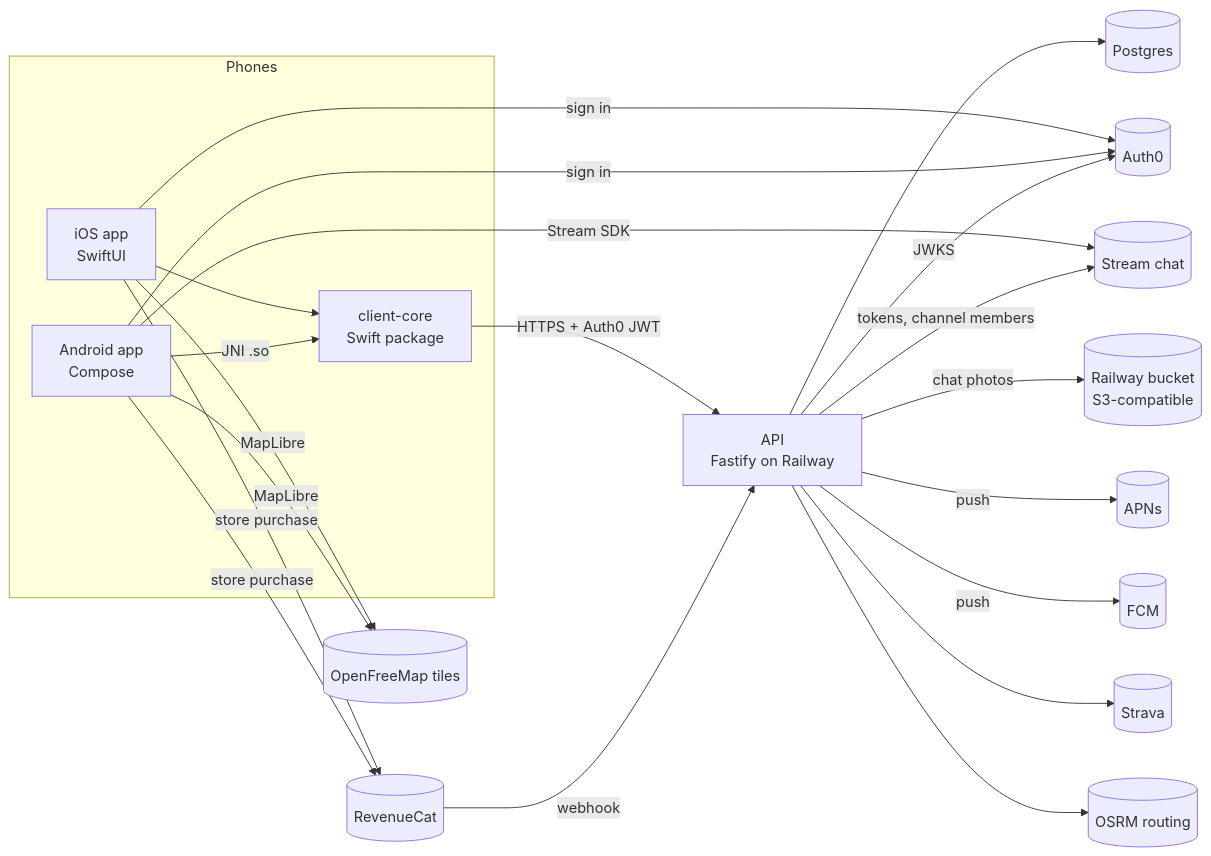
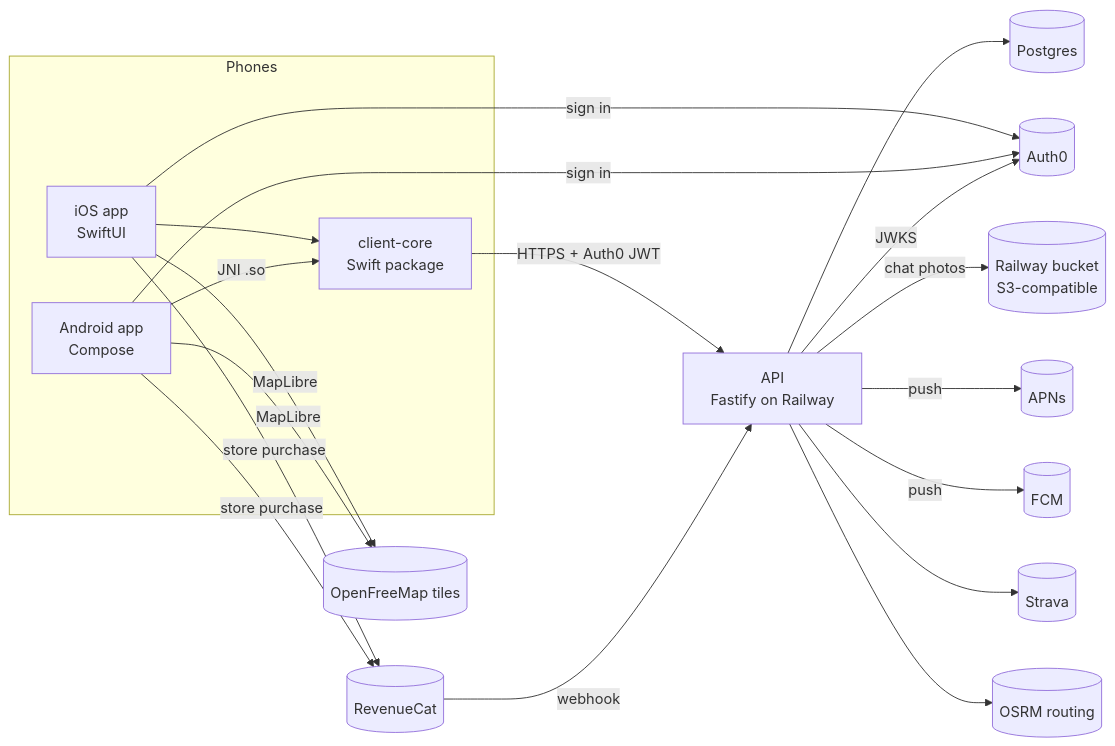
The diagram in docs/kb/architecture.md (collinbrowse/CrewCue), drawn with Mermaid before and after one commit. The commit also changed other lines of this file and 4 other files, not shown here.

````diff
--- a/docs/kb/architecture.md
+++ b/docs/kb/architecture.md
@@ -5,24 +5,22 @@
 ```mermaid
 flowchart LR
   subgraph Phones
     iOS["iOS app<br/>SwiftUI"]
     AND["Android app<br/>Compose"]
     CORE["client-core<br/>Swift package"]
     iOS --> CORE
     AND -- "JNI .so" --> CORE
   end
   CORE -- "HTTPS + Auth0 JWT" --> API["API<br/>Fastify on Railway"]
-  AND -- "Stream SDK" --> STREAM[(Stream chat)]
   iOS & AND -- "MapLibre" --> OFM[(OpenFreeMap tiles)]
   iOS & AND -- "sign in" --> AUTH0[(Auth0)]
   iOS & AND -- "store purchase" --> RC[(RevenueCat)]
   RC -- "webhook" --> API
   API --> PG[(Postgres)]
   API -- "JWKS" --> AUTH0
-  API -- "tokens, channel members" --> STREAM
   API -- "chat photos" --> BUCKET[(Railway bucket<br/>S3-compatible)]
   API -- "push" --> APNS[(APNs)]
   API -- "push" --> FCM[(FCM)]
   API --> STRAVA[(Strava)]
   API --> OSRM[(OSRM routing)]
 ```
````
